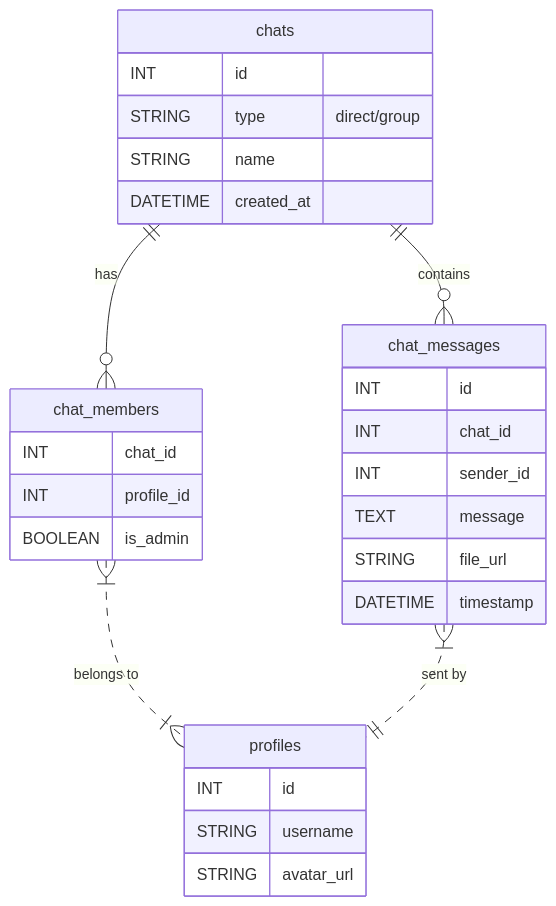
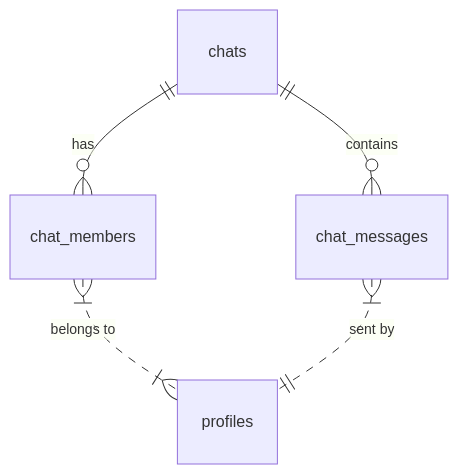
One commit to HackyCoder0951/focus_hub changed diagram 46 of 53 in docs/SYSTEM_DESIGN.md. Above: the diagram before and after it, drawn with Mermaid. The commit also changed other lines of this file, not shown here.

Commit message:
Refactor SYSTEM_DESIGN.md by removing redundant fields from the database schema diagrams for chats, chat members, chat messages, and profiles. This streamlines the documentation and focuses on essential attributes, improving clarity and usability.

````diff
--- a/docs/SYSTEM_DESIGN.md
+++ b/docs/SYSTEM_DESIGN.md
@@ -734,31 +708,19 @@
 ```mermaid
 erDiagram
   profiles {
-    INT id
-    STRING username
-    STRING avatar_url
+
   }
   chats {
-    INT id
-    STRING type "direct/group"
-    STRING name
-    DATETIME created_at
+
   }
   chat_members {
-    INT chat_id
-    INT profile_id
-    BOOLEAN is_admin
+
   }
   chat_messages {
-    INT id
-    INT chat_id
-    INT sender_id
-    TEXT message
-    STRING file_url
-    DATETIME timestamp
+
   }
   chats ||--o{ chat_members : "has"
   chats ||--o{ chat_messages : "contains"
   chat_members }|..|{ profiles : "belongs to"
   chat_messages }|..|| profiles : "sent by"
 ```
````
